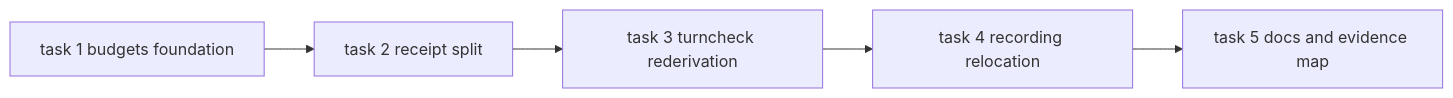
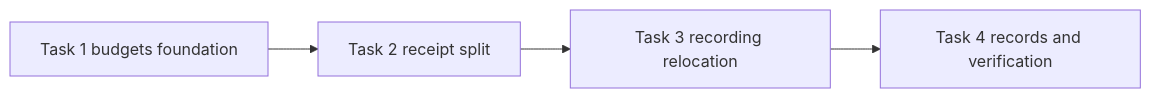
One commit to norandom/lesscode changed the fourth of 4 diagrams in .kiro/specs/deconvolution-native-core/design.md. Above: the diagram before and after it, drawn with Mermaid. The commit also changed other lines of this file and 2 other files, not shown here.

````diff
--- a/.kiro/specs/deconvolution-native-core/design.md
+++ b/.kiro/specs/deconvolution-native-core/design.md
@@ -759,7 +914,6 @@
 ```mermaid
 graph LR
-    T1[task 1 budgets foundation] --> T2[task 2 receipt split]
-    T2 --> T3[task 3 turncheck rederivation]
-    T3 --> T4[task 4 recording relocation]
-    T4 --> T5[task 5 docs and evidence map]
+    T1[Task 1 budgets foundation] --> T2[Task 2 receipt split]
+    T2 --> T3[Task 3 recording relocation]
+    T3 --> T4[Task 4 records and verification]
 ```
````
